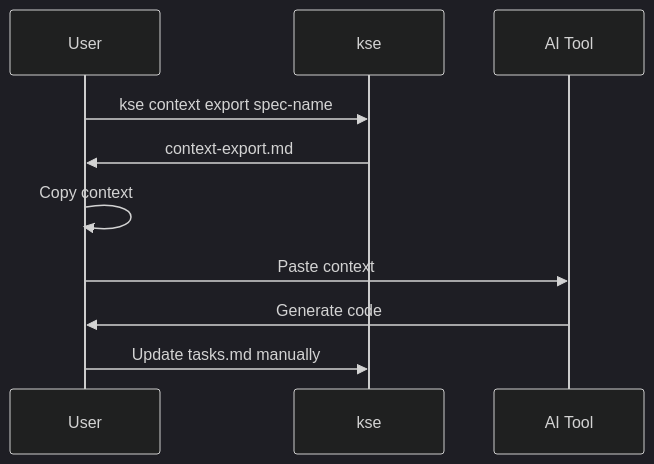
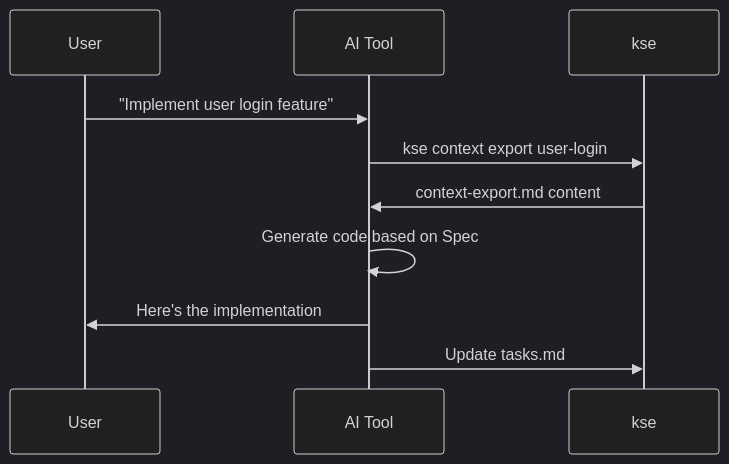
Before and after one commit to LuChangQiu/kiro-spec-engine: the third of 5 diagrams in docs/integration-modes.md, drawn with Mermaid (dark theme). The commit also changed other lines of this file and 3 other files, not shown here.

First line of the commit message:
fix(docs): correct integration flow - AI tool calls kse, not user switching

````diff
--- a/docs/integration-modes.md
+++ b/docs/integration-modes.md
@@ -98,13 +98,13 @@
 ```mermaid
 sequenceDiagram
     participant User
+    participant AI Tool
     participant kse
-    participant AI Tool
     
-    User->>kse: kse context export spec-name
-    kse->>User: context-export.md
-    User->>User: Copy context
-    User->>AI Tool: Paste context
-    AI Tool->>User: Generate code
-    User->>kse: Update tasks.md manually
+    User->>AI Tool: "Implement user login feature"
+    AI Tool->>kse: kse context export user-login
+    kse->>AI Tool: context-export.md content
+    AI Tool->>AI Tool: Generate code based on Spec
+    AI Tool->>User: Here's the implementation
+    AI Tool->>kse: Update tasks.md
 ```
````
